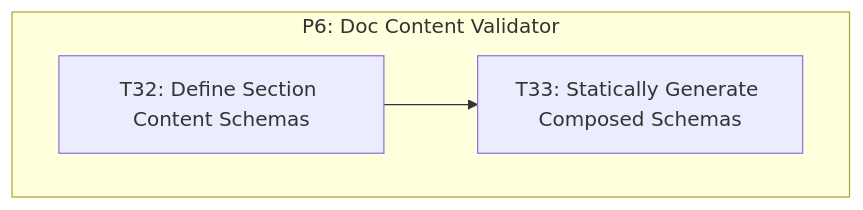
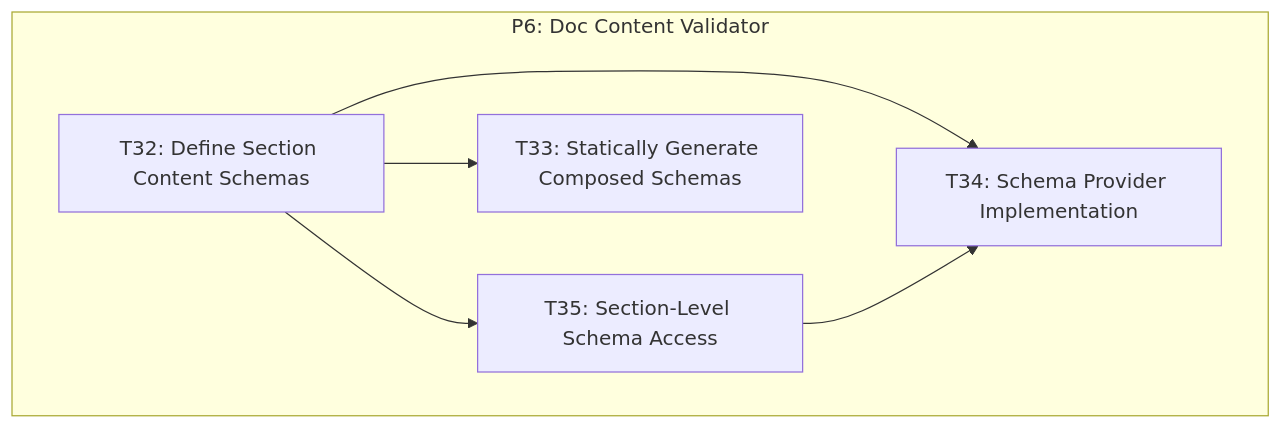
One commit to livelifelively/documentation-driven-development-tools changed the first of 5 diagrams in docs/requirements/p1.p6-doc-content-validator.plan.md. Above: the diagram before and after it, drawn with Mermaid. The commit also changed other lines of this file and 5 other files, not shown here.

````diff
--- a/docs/requirements/p1.p6-doc-content-validator.plan.md
+++ b/docs/requirements/p1.p6-doc-content-validator.plan.md
@@ -78,9 +81,14 @@
 ```mermaid
 graph TD
     subgraph "P6: Doc Content Validator"
         T32["T32: Define Section Content Schemas"]
+        T35["T35: Section-Level Schema Access"]
+        T34["T34: Schema Provider Implementation"]
         T33["T33: Statically Generate Composed Schemas"]
     end
 
+    T32 --> T35
+    T32 --> T34
+    T35 --> T34
     T32 --> T33
 ```
````
